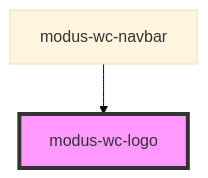
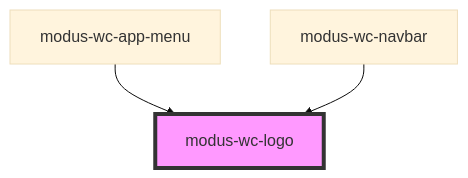
Before and after one commit to trimble-oss/modus-wc-2.0: the diagram in src/components/modus-wc-logo/README.md, drawn with Mermaid (base theme). The commit also changed other lines of this file and 16 other files, not shown here.

````diff
--- a/src/components/modus-wc-logo/README.md
+++ b/src/components/modus-wc-logo/README.md
@@ -31,5 +32,6 @@
 ```mermaid
 graph TD;
+  modus-wc-app-menu --> modus-wc-logo
   modus-wc-navbar --> modus-wc-logo
   style modus-wc-logo fill:#f9f,stroke:#333,stroke-width:4px
 ```
````
